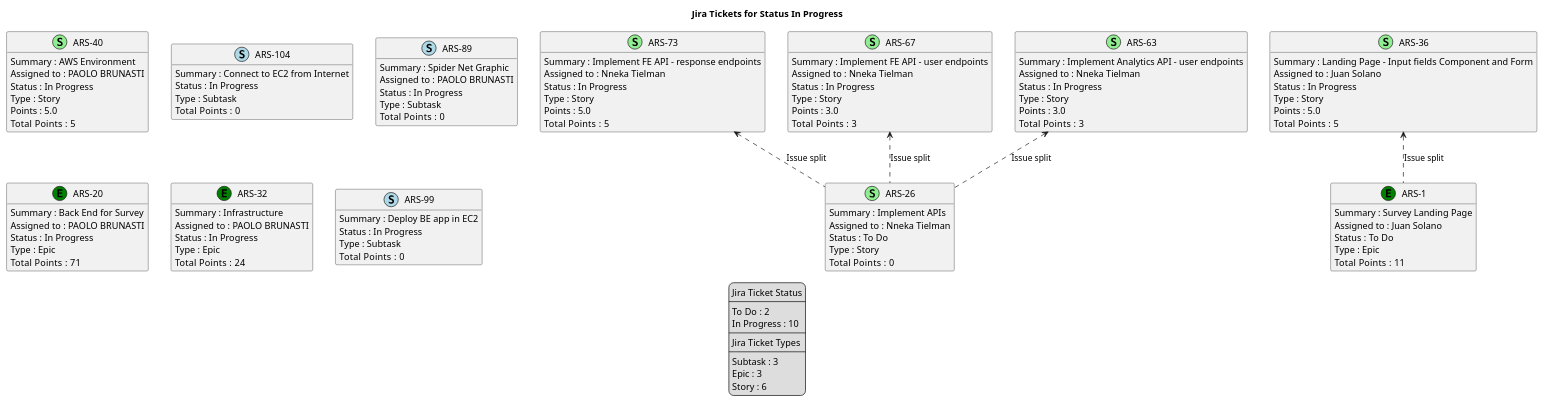
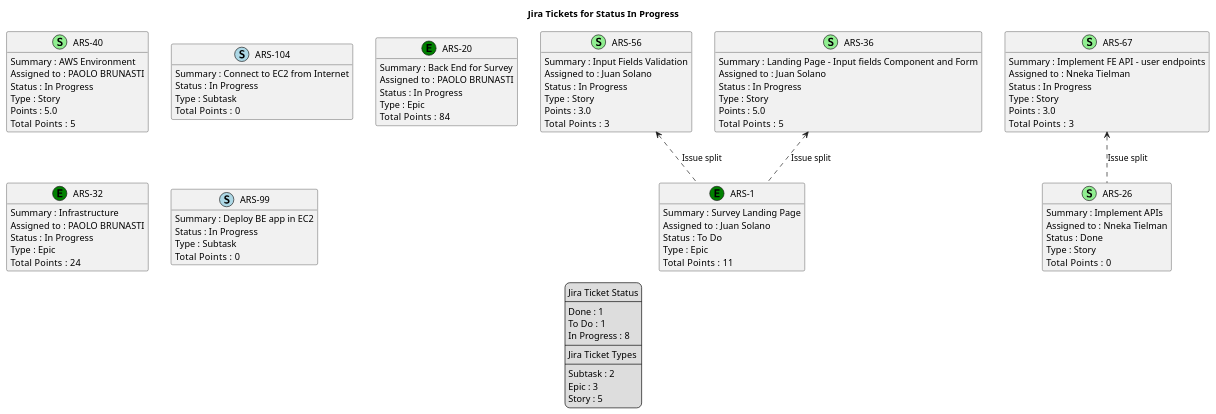
The diagram in docs/nexus/jira-Status-In_Progress.puml (brunasti/jiraplotter), drawn with PlantUML before and after one commit. The commit also changed 23 other files, not shown here.

Commit message:
Regenerates Nexus diagrams

```diff
--- a/docs/nexus/jira-Status-In_Progress.puml
+++ b/docs/nexus/jira-Status-In_Progress.puml
@@ -1,133 +1,116 @@
 @startuml
 'https://plantuml.com/class-diagram
 
 ' GENERATE CLASS DIAGRAM ===========
-' Generated at    : Thu May 23 13:36:26 CEST 2024
+' Generated at    : Mon May 27 11:35:03 CEST 2024
 
 title Jira Tickets for Status In Progress
 hide empty members
 
 legend
 Jira Ticket Status
 ----
-To Do : 2
-In Progress : 10
+Done : 1
+To Do : 1
+In Progress : 8
 ----
 Jira Ticket Types
 ----
-Subtask : 3
+Subtask : 2
 Epic : 3
-Story : 6
+Story : 5
 end legend
 
 
 ' Tickets =======
 class "ARS-40" << (S,lightgreen) >> {
  Summary : AWS Environment
  Assigned to : PAOLO BRUNASTI
  Status : In Progress
  Type : Story
  Points : 5.0
 Total  Points : 5
 }
 
-class "ARS-73" << (S,lightgreen) >> {
- Summary : Implement FE API - response endpoints
- Assigned to : Nneka Tielman
- Status : In Progress
- Type : Story
- Points : 5.0
-Total  Points : 5
-}
-
 class "ARS-104" << (S,lightblue) >> {
  Summary : Connect to EC2 from Internet
  Status : In Progress
  Type : Subtask
 Total  Points : 0
+}
+
+class "ARS-56" << (S,lightgreen) >> {
+ Summary : Input Fields Validation
+ Assigned to : Juan Solano
+ Status : In Progress
+ Type : Story
+ Points : 3.0
+Total  Points : 3
 }
 
 class "ARS-67" << (S,lightgreen) >> {
  Summary : Implement FE API - user endpoints
  Assigned to : Nneka Tielman
  Status : In Progress
  Type : Story
  Points : 3.0
 Total  Points : 3
-}
-
-class "ARS-89" << (S,lightblue) >> {
- Summary : Spider Net Graphic
- Assigned to : PAOLO BRUNASTI
- Status : In Progress
- Type : Subtask
-Total  Points : 0
 }
 
 class "ARS-36" << (S,lightgreen) >> {
  Summary : Landing Page - Input fields Component and Form
  Assigned to : Juan Solano
  Status : In Progress
  Type : Story
  Points : 5.0
 Total  Points : 5
 }
 
 class "ARS-26" << (S,lightgreen) >> {
  Summary : Implement APIs
  Assigned to : Nneka Tielman
- Status : To Do
+ Status : Done
  Type : Story
 Total  Points : 0
 }
 
 class "ARS-1" << (E,green) >> {
  Summary : Survey Landing Page
  Assigned to : Juan Solano
  Status : To Do
  Type : Epic
 Total  Points : 11
 }
 
-class "ARS-63" << (S,lightgreen) >> {
- Summary : Implement Analytics API - user endpoints
- Assigned to : Nneka Tielman
- Status : In Progress
- Type : Story
- Points : 3.0
-Total  Points : 3
-}
-
 class "ARS-20" << (E,green) >> {
  Summary : Back End for Survey
  Assigned to : PAOLO BRUNASTI
  Status : In Progress
  Type : Epic
-Total  Points : 71
+Total  Points : 84
 }
 
 class "ARS-32" << (E,green) >> {
  Summary : Infrastructure
  Assigned to : PAOLO BRUNASTI
  Status : In Progress
  Type : Epic
 Total  Points : 24
 }
 
 class "ARS-99" << (S,lightblue) >> {
  Summary : Deploy BE app in EC2
  Status : In Progress
  Type : Subtask
 Total  Points : 0
 }
 
 
 
 ' Links =======
 "ARS-36" <.. "ARS-1" : Issue split
+"ARS-56" <.. "ARS-1" : Issue split
 "ARS-67" <.. "ARS-26" : Issue split
-"ARS-63" <.. "ARS-26" : Issue split
-"ARS-73" <.. "ARS-26" : Issue split
 
 
 @enduml
```
